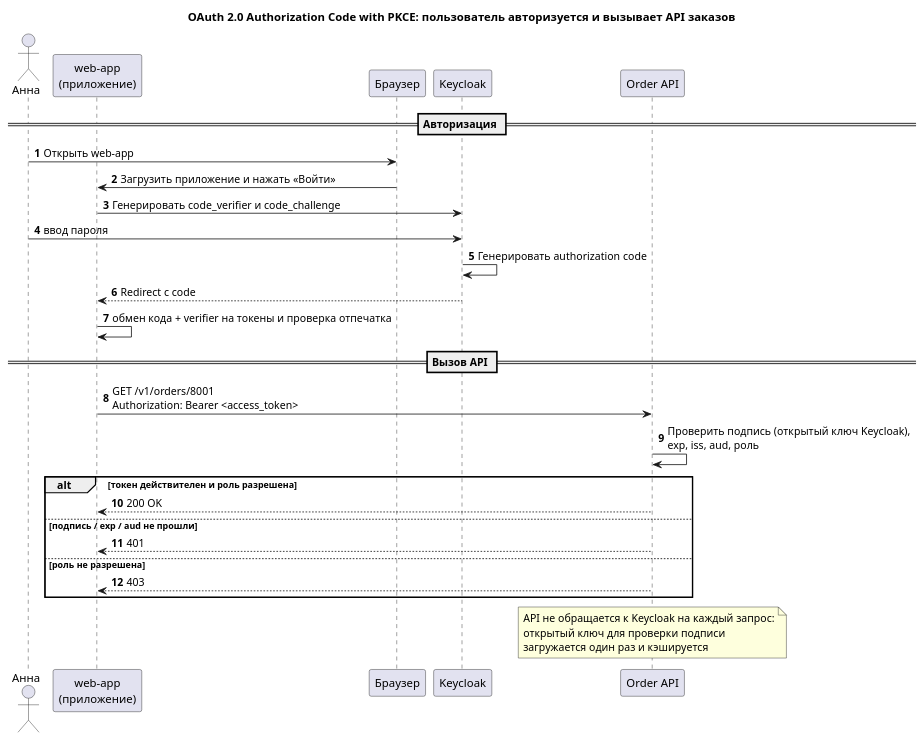
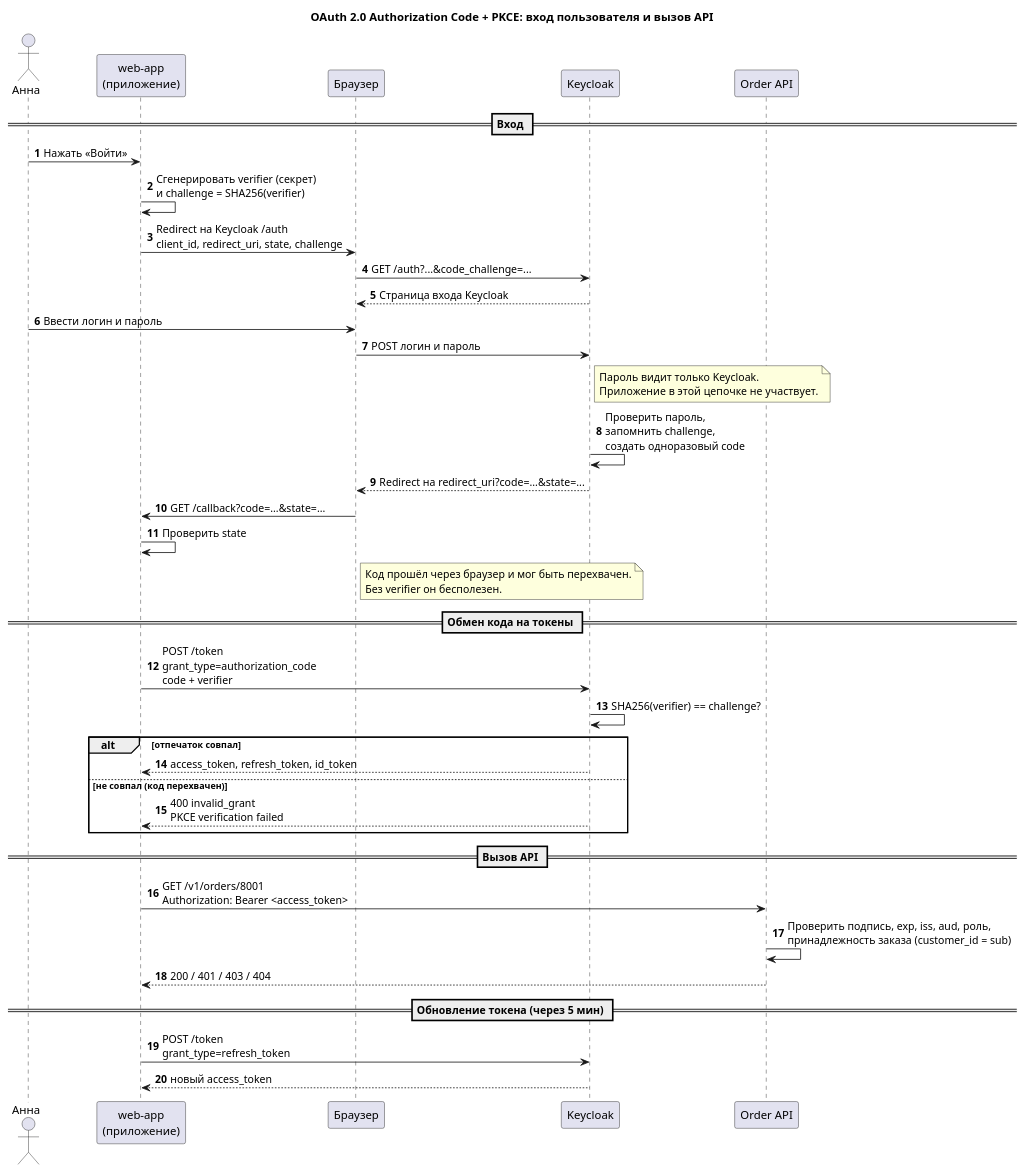
The diagram in 05-auth/seq-auth-code-pkce.puml (maxabovenbeyond/analyst-lab), drawn with PlantUML before and after one commit. The commit also changed 1 other file, not shown here.

Commit message:
Модуль 5: матрица доступа, диаграммы Client Credentials и Auth Code + PKCE

```diff
--- a/05-auth/seq-auth-code-pkce.puml
+++ b/05-auth/seq-auth-code-pkce.puml
@@ -1,36 +1,49 @@
 @startuml seq-auth-code-pkce
-title OAuth 2.0 Authorization Code with PKCE: пользователь авторизуется и вызывает API заказов
+title OAuth 2.0 Authorization Code + PKCE: вход пользователя и вызов API
 autonumber
 
 actor "Анна" as U
 participant "web-app\n(приложение)" as APP
 participant "Браузер" as BR
 participant "Keycloak" as KC
 participant "Order API" as API
 
-== Авторизация ==
-U -> BR: Открыть web-app
-BR -> APP: Загрузить приложение и нажать «Войти»
-APP -> KC: Генерировать code_verifier и code_challenge
-U -> KC: ввод пароля
-KC -> KC: Генерировать authorization code
-KC --> APP: Redirect с code
-APP -> APP: обмен кода + verifier на токены и проверка отпечатка
+== Вход ==
+U -> APP: Нажать «Войти»
+APP -> APP: Сгенерировать verifier (секрет)\nи challenge = SHA256(verifier)
+APP -> BR: Redirect на Keycloak /auth\nclient_id, redirect_uri, state, challenge
+BR -> KC: GET /auth?...&code_challenge=...
+KC --> BR: Страница входа Keycloak
+U -> BR: Ввести логин и пароль
+BR -> KC: POST логин и пароль
+note right of KC
+  Пароль видит только Keycloak.
+  Приложение в этой цепочке не участвует.
+end note
+KC -> KC: Проверить пароль,\nзапомнить challenge,\nсоздать одноразовый code
+KC --> BR: Redirect на redirect_uri?code=...&state=...
+BR -> APP: GET /callback?code=...&state=...
+APP -> APP: Проверить state
+note right of BR
+  Код прошёл через браузер и мог быть перехвачен.
+  Без verifier он бесполезен.
+end note
+
+== Обмен кода на токены ==
+APP -> KC: POST /token\ngrant_type=authorization_code\ncode + verifier
+KC -> KC: SHA256(verifier) == challenge?
+alt отпечаток совпал
+  KC --> APP: access_token, refresh_token, id_token
+else не совпал (код перехвачен)
+  KC --> APP: 400 invalid_grant\nPKCE verification failed
+end
 
 == Вызов API ==
 APP -> API: GET /v1/orders/8001\nAuthorization: Bearer <access_token>
-API -> API: Проверить подпись (открытый ключ Keycloak),\nexp, iss, aud, роль
-alt токен действителен и роль разрешена
-  API --> APP: 200 OK
-else подпись / exp / aud не прошли
-  API --> APP: 401
-else роль не разрешена
-  API --> APP: 403
-end
+API -> API: Проверить подпись, exp, iss, aud, роль,\nпринадлежность заказа (customer_id = sub)
+API --> APP: 200 / 401 / 403 / 404
 
-note over API
-  API не обращается к Keycloak на каждый запрос:
-  открытый ключ для проверки подписи
-  загружается один раз и кэшируется
-end note
+== Обновление токена (через 5 мин) ==
+APP -> KC: POST /token\ngrant_type=refresh_token
+KC --> APP: новый access_token
 @enduml
```
